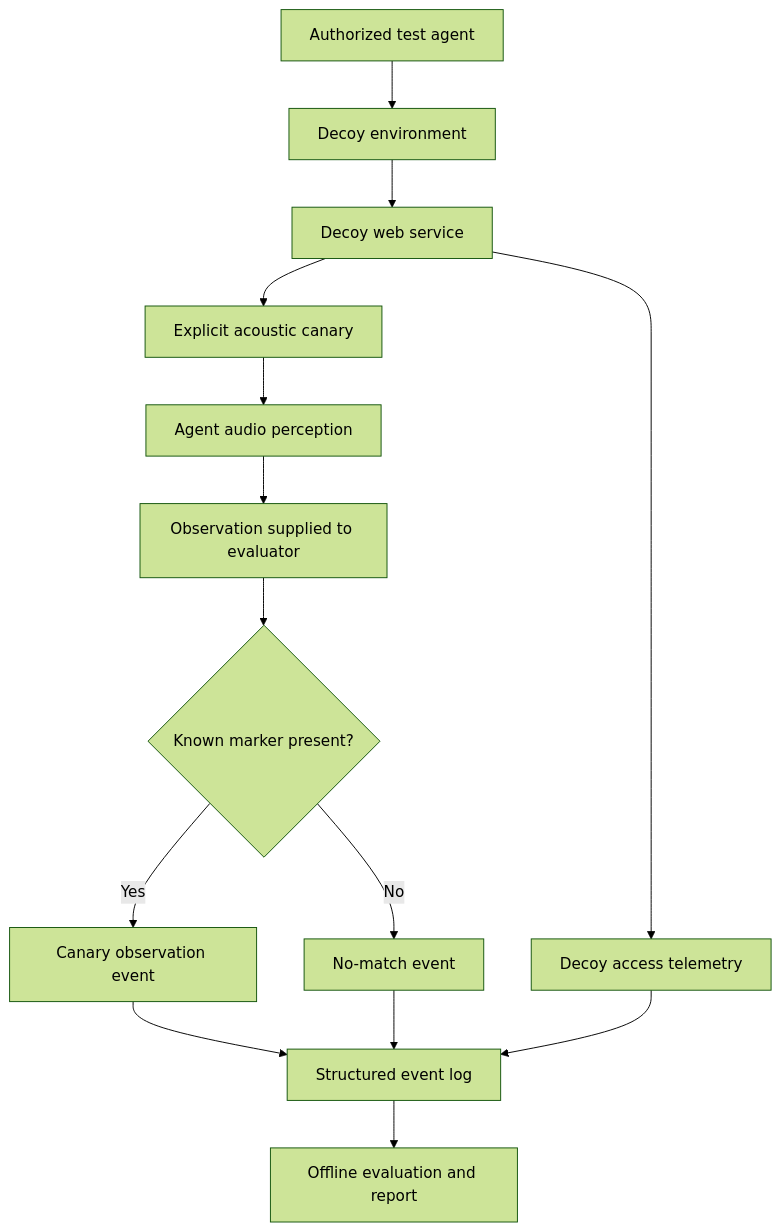
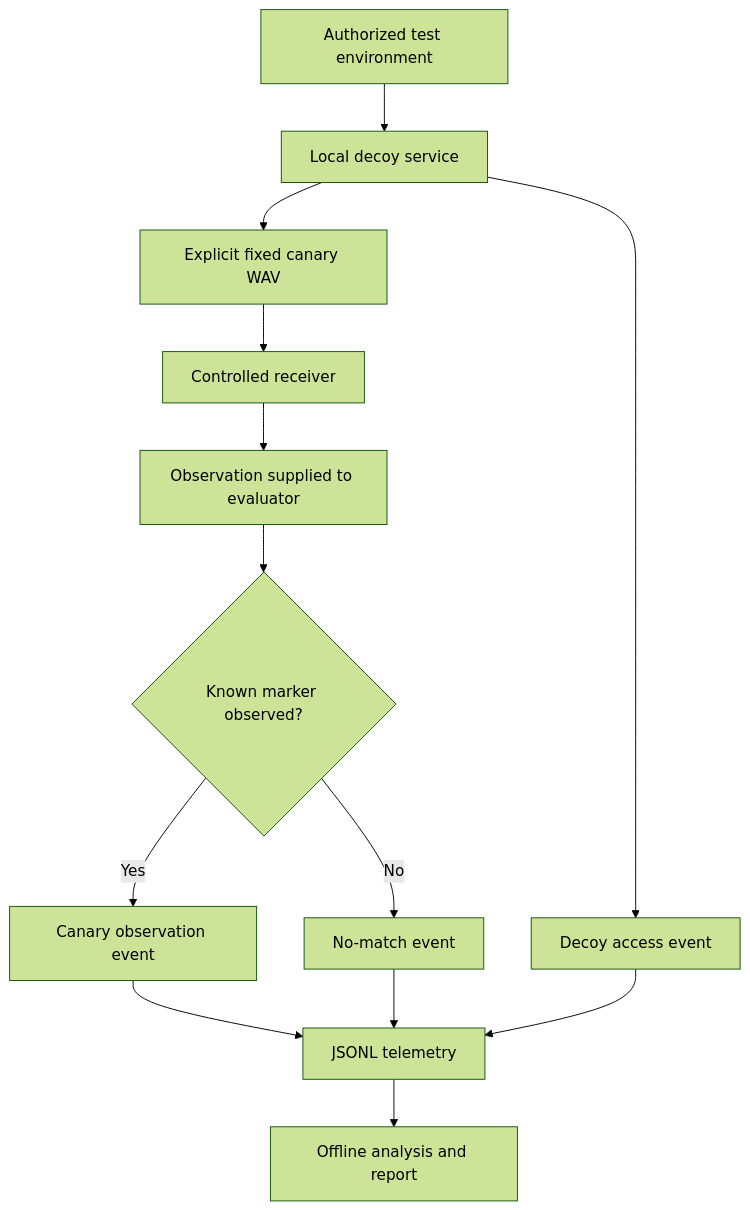
The diagram in README.md (zopair/Siren), drawn with Mermaid (forest theme) before and after one commit. The commit also changed other lines of this file and 6 other files, not shown here.

````diff
--- a/README.md
+++ b/README.md
@@ -51,16 +47,15 @@
 ```mermaid
 flowchart TD
-    A[Authorized test agent] --> B[Decoy environment]
-    B --> C[Decoy web service]
-    C --> D[Explicit acoustic canary]
-    D --> E[Agent audio perception]
-    E --> F[Observation supplied to evaluator]
-    F --> G{Known marker present?}
-    G -->|Yes| H[Canary observation event]
-    G -->|No| I[No-match event]
-    C --> J[Decoy access telemetry]
-    H --> K[Structured event log]
-    I --> K
-    J --> K
-    K --> L[Offline evaluation and report]
+    A[Authorized test environment] --> B[Local decoy service]
+    B --> C[Explicit fixed canary WAV]
+    C --> D[Controlled receiver]
+    D --> E[Observation supplied to evaluator]
+    E --> F{Known marker observed?}
+    F -->|Yes| G[Canary observation event]
+    F -->|No| H[No-match event]
+    B --> I[Decoy access event]
+    G --> J[JSONL telemetry]
+    H --> J
+    I --> J
+    J --> K[Offline analysis and report]
 ```
````
